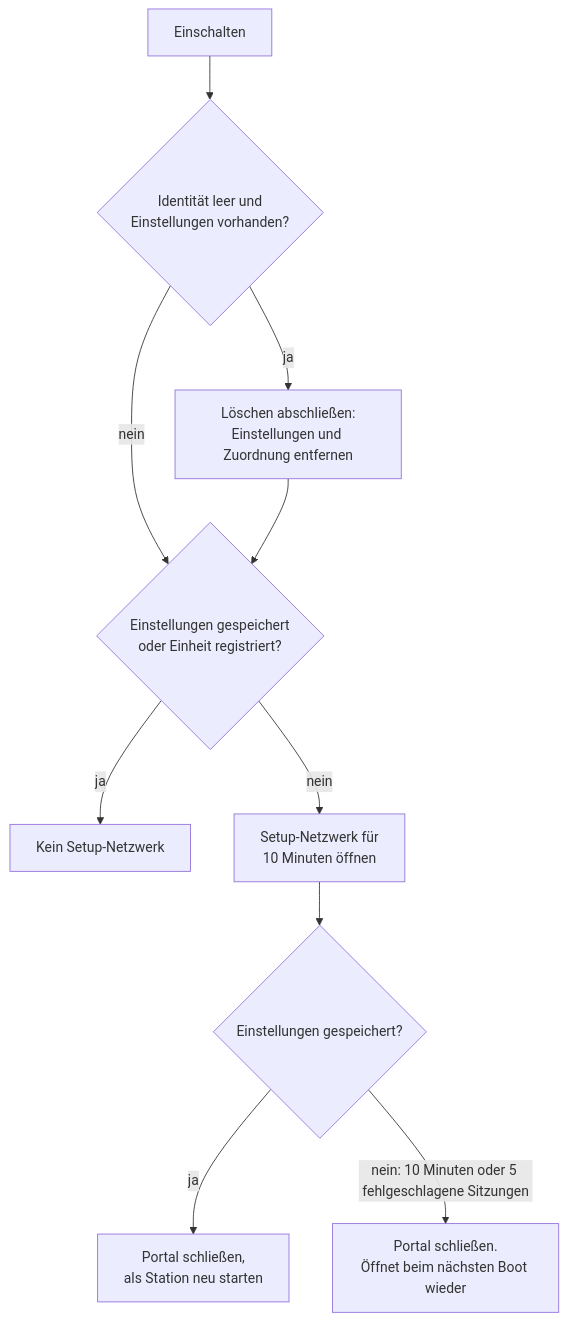
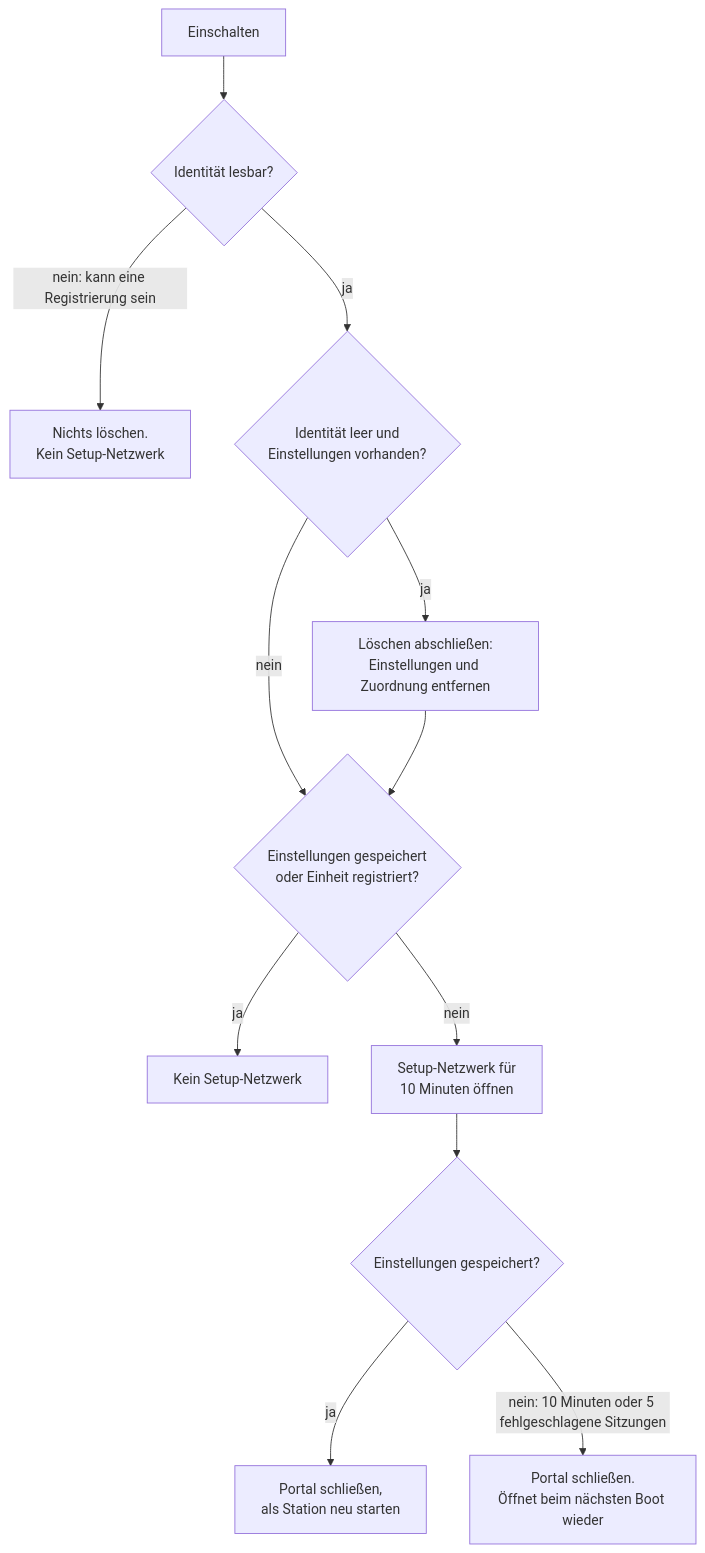
The second of 2 diagrams in website/src/content/docs/de/dokumentation/esp32-internals.md (Open-Locker/Open-Locker), drawn with Mermaid before and after one commit. The commit also changed other lines of this file and 6 other files, not shown here.

````diff
--- a/website/src/content/docs/de/dokumentation/esp32-internals.md
+++ b/website/src/content/docs/de/dokumentation/esp32-internals.md
@@ -262,12 +262,14 @@
 ```mermaid
 flowchart TD
-    A[Einschalten] --> B{Identität leer und<br/>Einstellungen vorhanden?}
+    A[Einschalten] --> R{Identität lesbar?}
+    R -- "nein: kann eine Registrierung sein" --> S[Nichts löschen.<br/>Kein Setup-Netzwerk]
+    R -- ja --> B{Identität leer und<br/>Einstellungen vorhanden?}
     B -- ja --> C[Löschen abschließen:<br/>Einstellungen und Zuordnung entfernen]
     B -- nein --> D
     C --> D{Einstellungen gespeichert<br/>oder Einheit registriert?}
     D -- ja --> E[Kein Setup-Netzwerk]
     D -- nein --> F[Setup-Netzwerk für<br/>10 Minuten öffnen]
     F --> G{Einstellungen gespeichert?}
     G -- ja --> H[Portal schließen,<br/>als Station neu starten]
     G -- "nein: 10 Minuten oder 5 fehlgeschlagene Sitzungen" --> I[Portal schließen.<br/>Öffnet beim nächsten Boot wieder]
 ```
````
